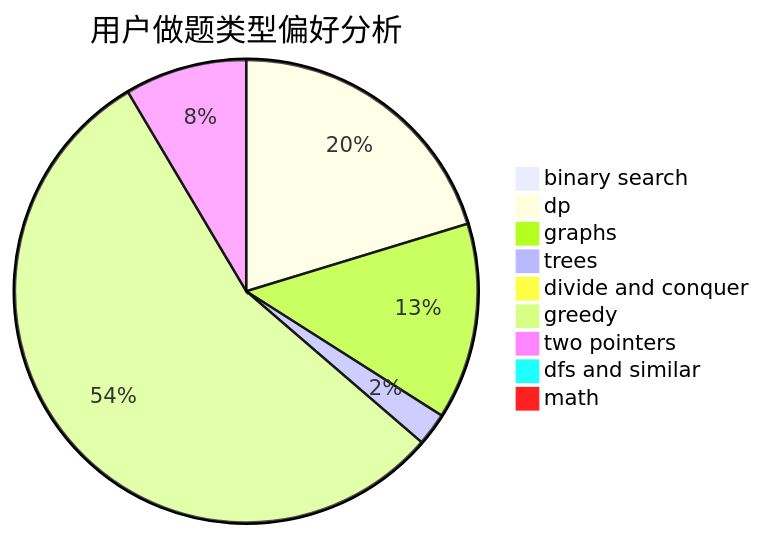
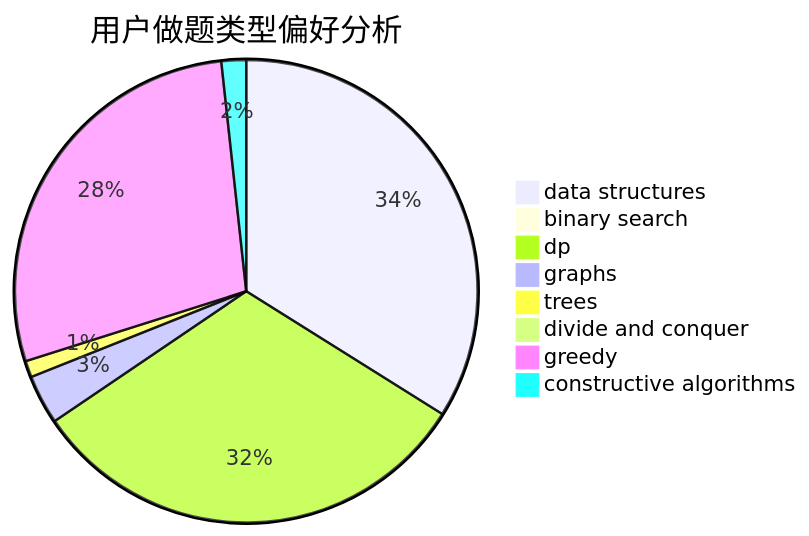
Before and after one commit to sherpahu/cfrs.github.io: the second of 3 diagrams in docs/user/u96.md, drawn with Mermaid. The commit also changed other lines of this file and 2775 other files, not shown here.

````diff
--- a/docs/user/u96.md
+++ b/docs/user/u96.md
@@ -23,12 +23,11 @@
 ```mermaid
 pie title 用户做题类型偏好分析
+    "data structures" :  59
     "binary search" :  0
-    "dp" :  238
-    "graphs" :  161
-    "trees" :  27
+    "dp" :  55
+    "graphs" :  6
+    "trees" :  2
     "divide and conquer" :  0
-    "greedy" :  647
-    "two pointers" :  100
-    "dfs and similar" :  11
-    "math" :  11
+    "greedy" :  49
+    "constructive algorithms" :  3
 ```
````
